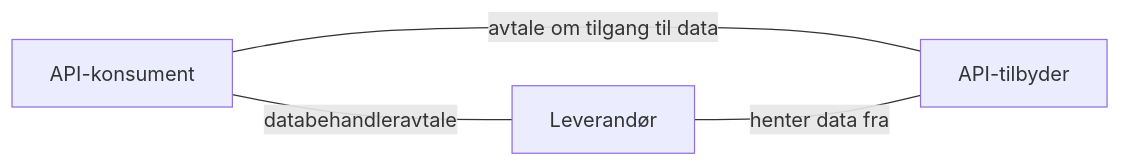
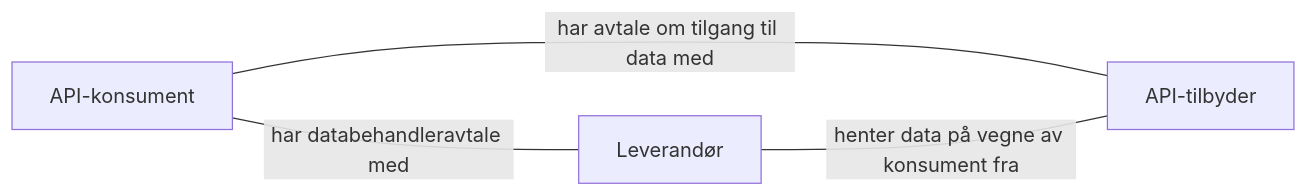
One commit to felleslosninger/docs changed the first of 2 diagrams in _docs/Maskinporten/maskinporten_func_delegering.md. Above: the diagram before and after it, drawn with Mermaid. The commit also changed other lines of this file, not shown here.

```diff
--- a/_docs/Maskinporten/maskinporten_func_delegering.md
+++ b/_docs/Maskinporten/maskinporten_func_delegering.md
@@ -16,11 +16,11 @@
 <div class="mermaid">
 graph LR
 
   k[API-konsument]
   a[API-tilbyder]
   l[Leverandør]
 
-  k---|  avtale om tilgang til data | a
-  k---| databehandleravtale | l
-  l---| henter data fra | a
+  k---| har avtale om tilgang til data med | a
+  k---| har databehandleravtale med | l
+  l---| henter data på vegne av konsument fra | a
 </div>
```
